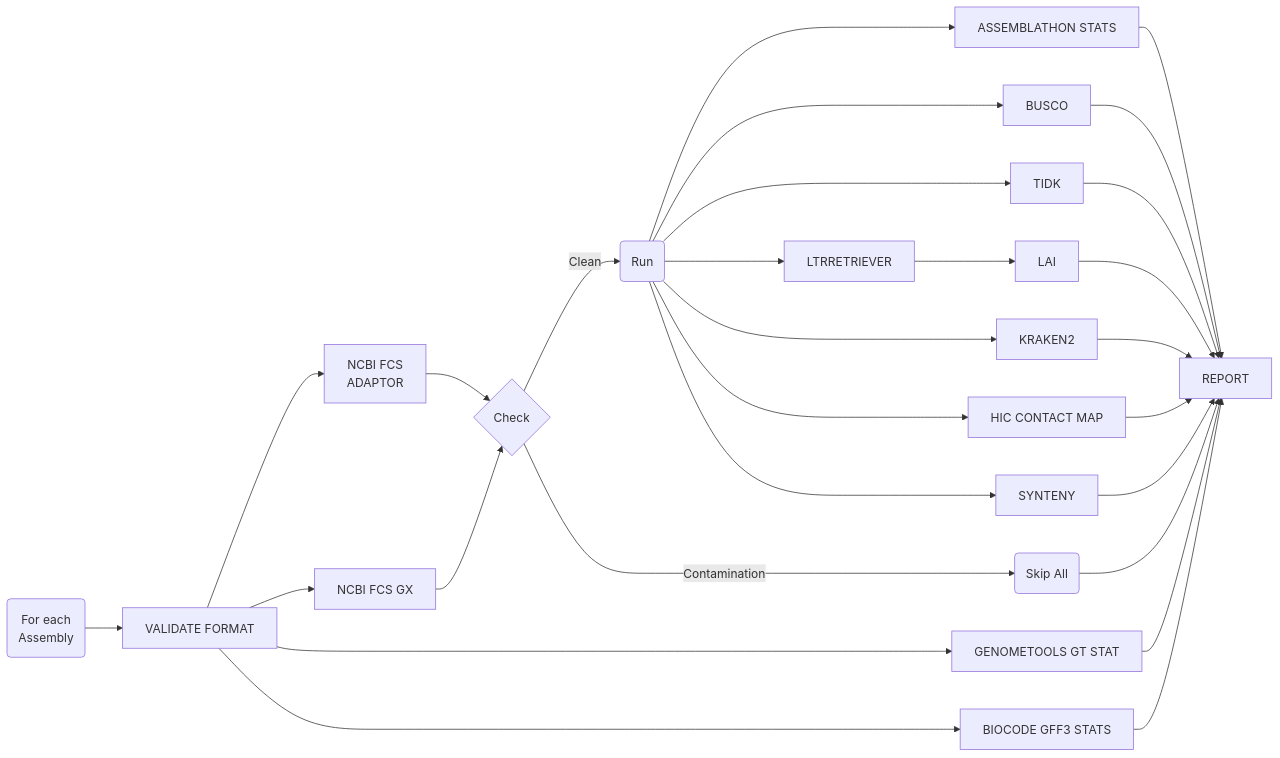
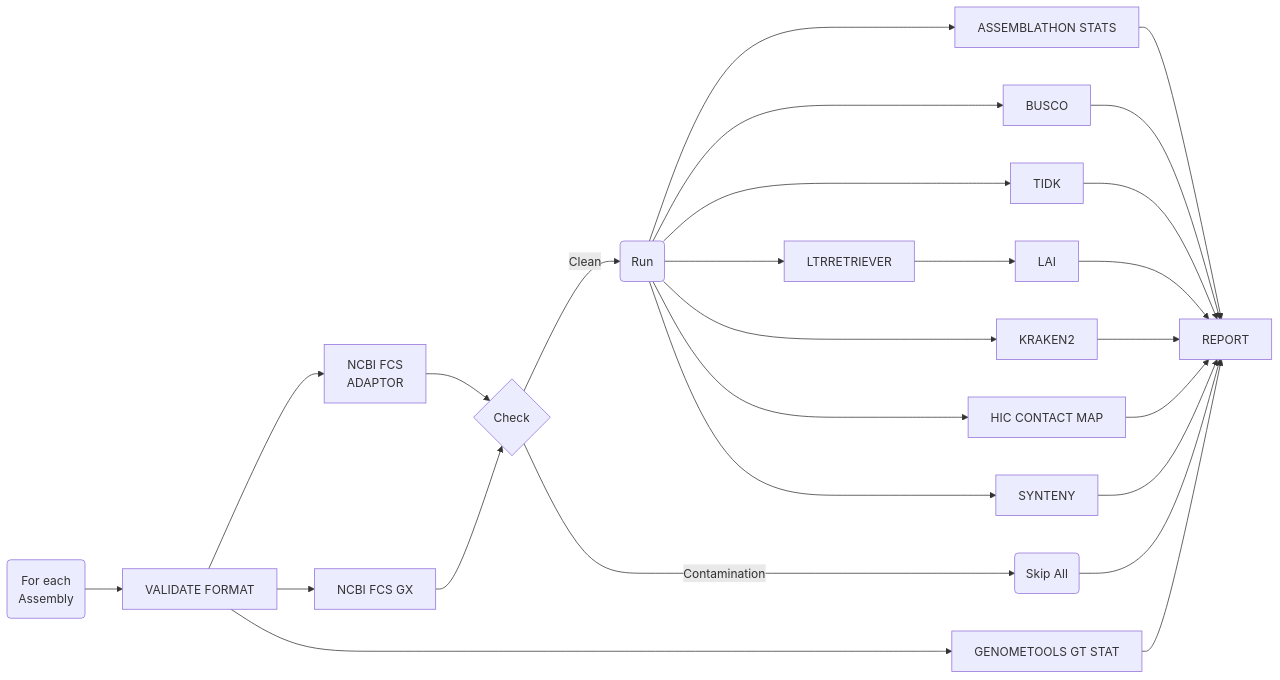
Before and after one commit to Plant-Food-Research-Open/assemblyqc: the diagram in README.md, drawn with Mermaid. The commit also changed other lines of this file and 117 other files, not shown here.

````diff
--- a/README.md
+++ b/README.md
@@ -23,36 +23,34 @@
 ```mermaid
 flowchart LR
   forEachTag(For each\nAssembly) --> VALIDATE_FORMAT[VALIDATE FORMAT]
 
   VALIDATE_FORMAT --> ncbiFCS[NCBI FCS\nADAPTOR]
   ncbiFCS --> Check{Check}
 
   VALIDATE_FORMAT --> ncbiGX[NCBI FCS GX]
   ncbiGX --> Check
   Check --> |Clean|Run(Run)
 
   Check --> |Contamination|Skip(Skip All)
   Skip --> REPORT
 
   VALIDATE_FORMAT --> GFF_STATS[GENOMETOOLS GT STAT]
-  VALIDATE_FORMAT --> GFF_STATS_II[BIOCODE GFF3 STATS]
 
   Run --> ASS_STATS[ASSEMBLATHON STATS]
   Run --> BUSCO
   Run --> TIDK
   Run --> LTRRETRIEVER
   LTRRETRIEVER --> LAI
   Run --> KRAKEN2
   Run --> HIC_CONTACT_MAP[HIC CONTACT MAP]
   Run --> SYNTENY
 
   ASS_STATS --> REPORT
   GFF_STATS --> REPORT
-  GFF_STATS_II --> REPORT
   BUSCO --> REPORT
   TIDK --> REPORT
   LAI --> REPORT
   KRAKEN2 --> REPORT
   HIC_CONTACT_MAP --> REPORT
   SYNTENY --> REPORT
 ```
````
